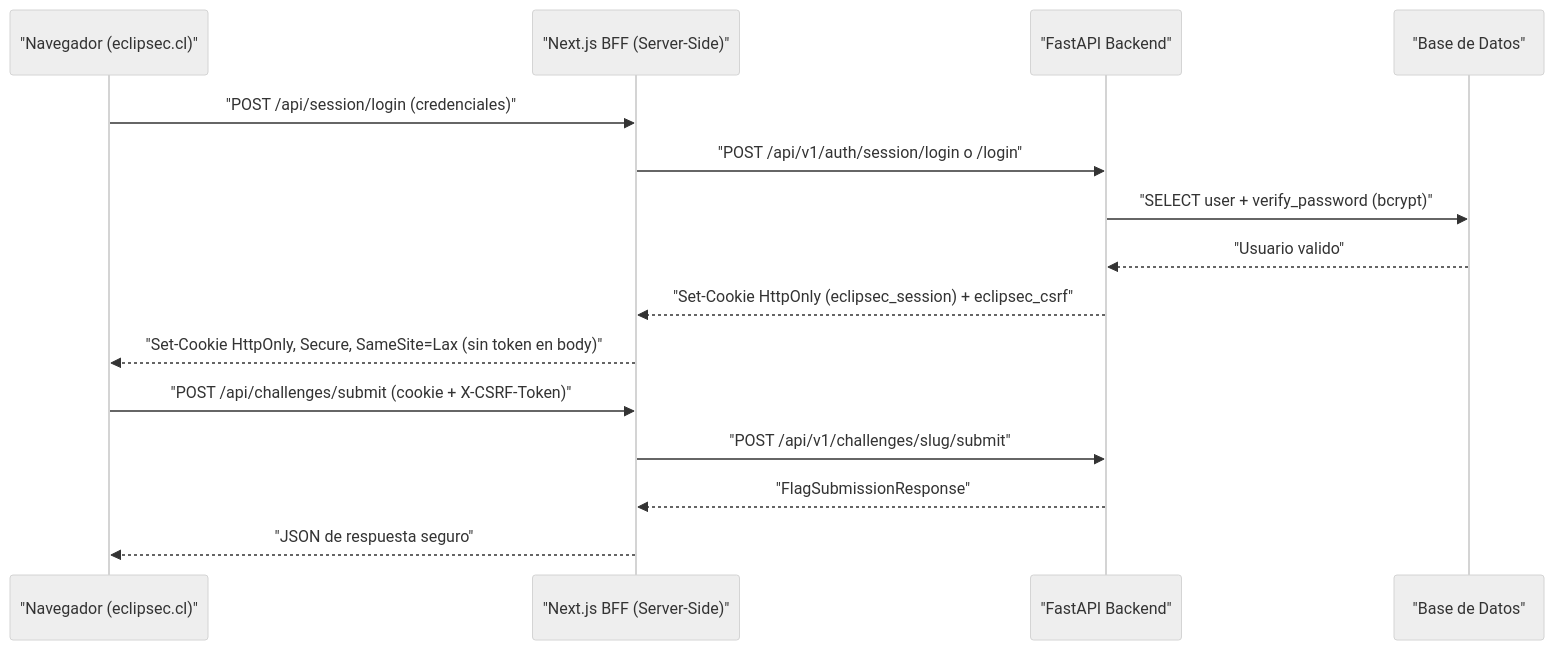
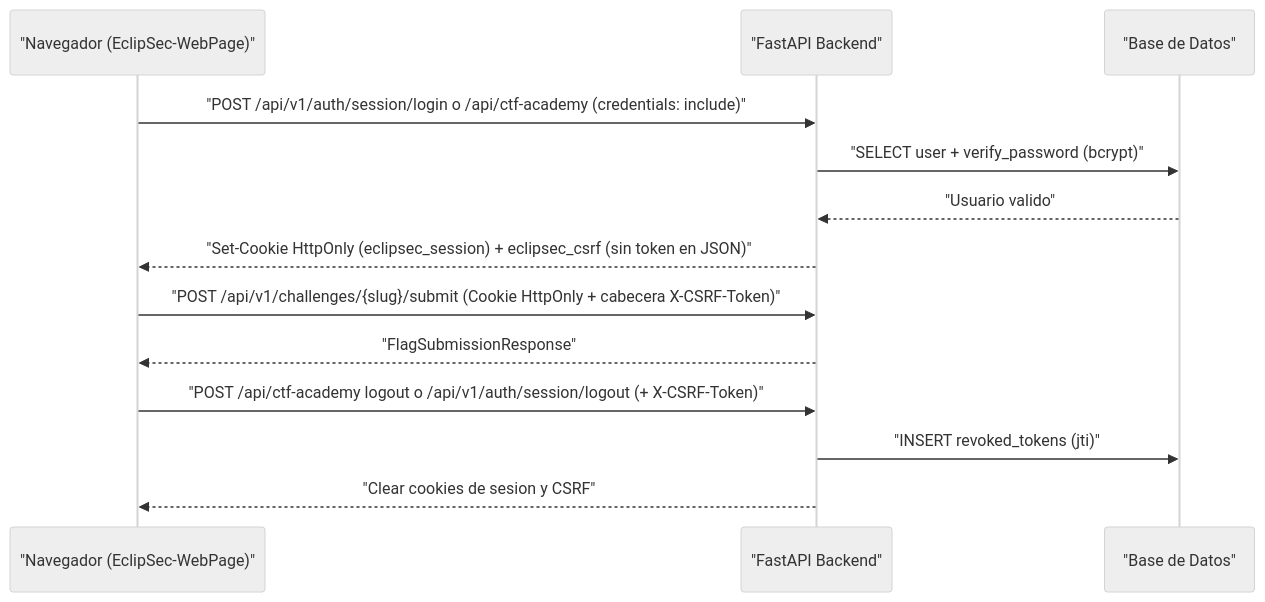
The third of 4 diagrams in docs/ARCHITECTURE.md (ElRetrillo/academiahacking_ucncqbo), drawn with Mermaid (neutral theme) before and after one commit. The commit also changed other lines of this file and 3 other files, not shown here.

Commit message:
docs(architecture,audit): documentar integracion multi-repositorio Fase 6 con frontend y CLI

````diff
--- a/docs/ARCHITECTURE.md
+++ b/docs/ARCHITECTURE.md
@@ -170,18 +170,16 @@
 ```mermaid
 sequenceDiagram
-    participant Browser as "Navegador (eclipsec.cl)"
-    participant BFF as "Next.js BFF (Server-Side)"
+    participant Browser as "Navegador (EclipSec-WebPage)"
     participant API as "FastAPI Backend"
     participant DB as "Base de Datos"
 
-    Browser->>BFF: "POST /api/session/login (credenciales)"
-    BFF->>API: "POST /api/v1/auth/session/login o /login"
+    Browser->>API: "POST /api/v1/auth/session/login o /api/ctf-academy (credentials: include)"
     API->>DB: "SELECT user + verify_password (bcrypt)"
     DB-->>API: "Usuario valido"
-    API-->>BFF: "Set-Cookie HttpOnly (eclipsec_session) + eclipsec_csrf"
-    BFF-->>Browser: "Set-Cookie HttpOnly, Secure, SameSite=Lax (sin token en body)"
-    Browser->>BFF: "POST /api/challenges/submit (cookie + X-CSRF-Token)"
-    BFF->>API: "POST /api/v1/challenges/slug/submit"
-    API-->>BFF: "FlagSubmissionResponse"
-    BFF-->>Browser: "JSON de respuesta seguro"
+    API-->>Browser: "Set-Cookie HttpOnly (eclipsec_session) + eclipsec_csrf (sin token en JSON)"
+    Browser->>API: "POST /api/v1/challenges/{slug}/submit (Cookie HttpOnly + cabecera X-CSRF-Token)"
+    API-->>Browser: "FlagSubmissionResponse"
+    Browser->>API: "POST /api/ctf-academy logout o /api/v1/auth/session/logout (+ X-CSRF-Token)"
+    API->>DB: "INSERT revoked_tokens (jti)"
+    API-->>Browser: "Clear cookies de sesion y CSRF"
 ```
````
